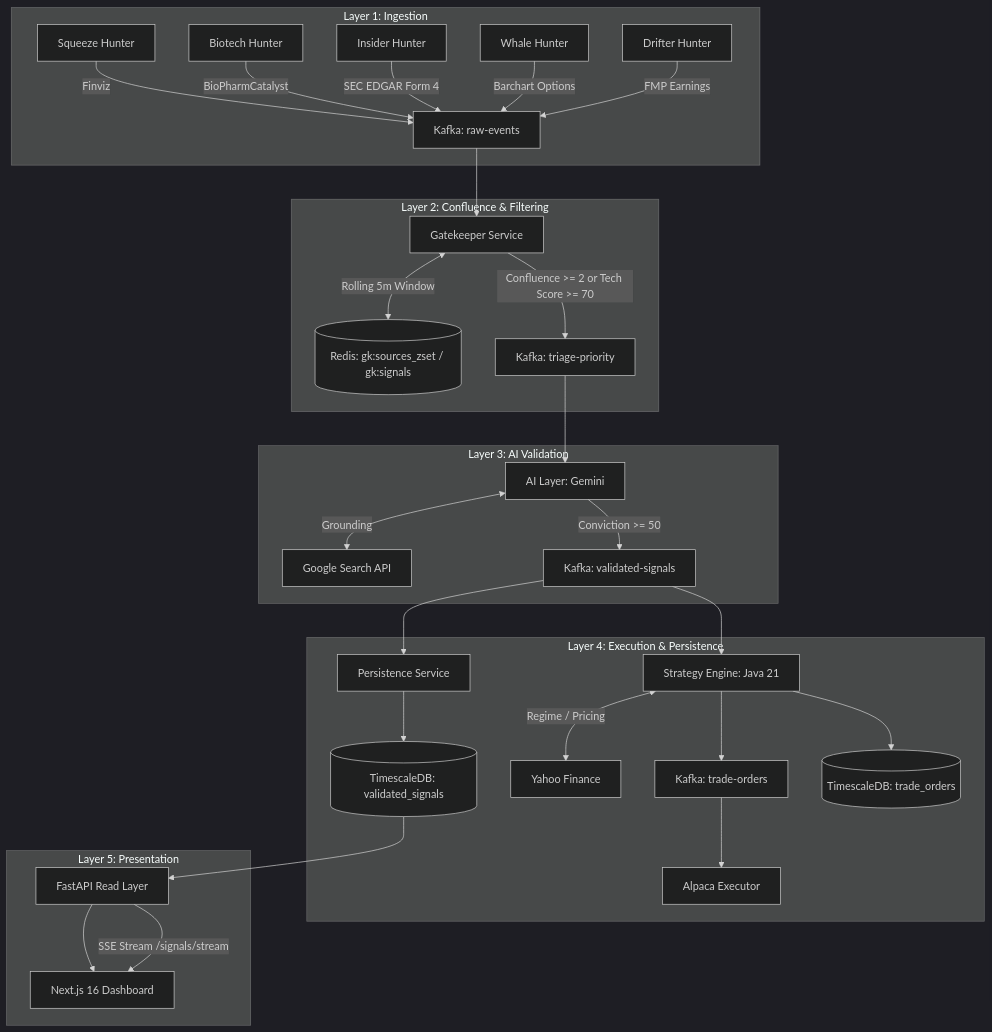
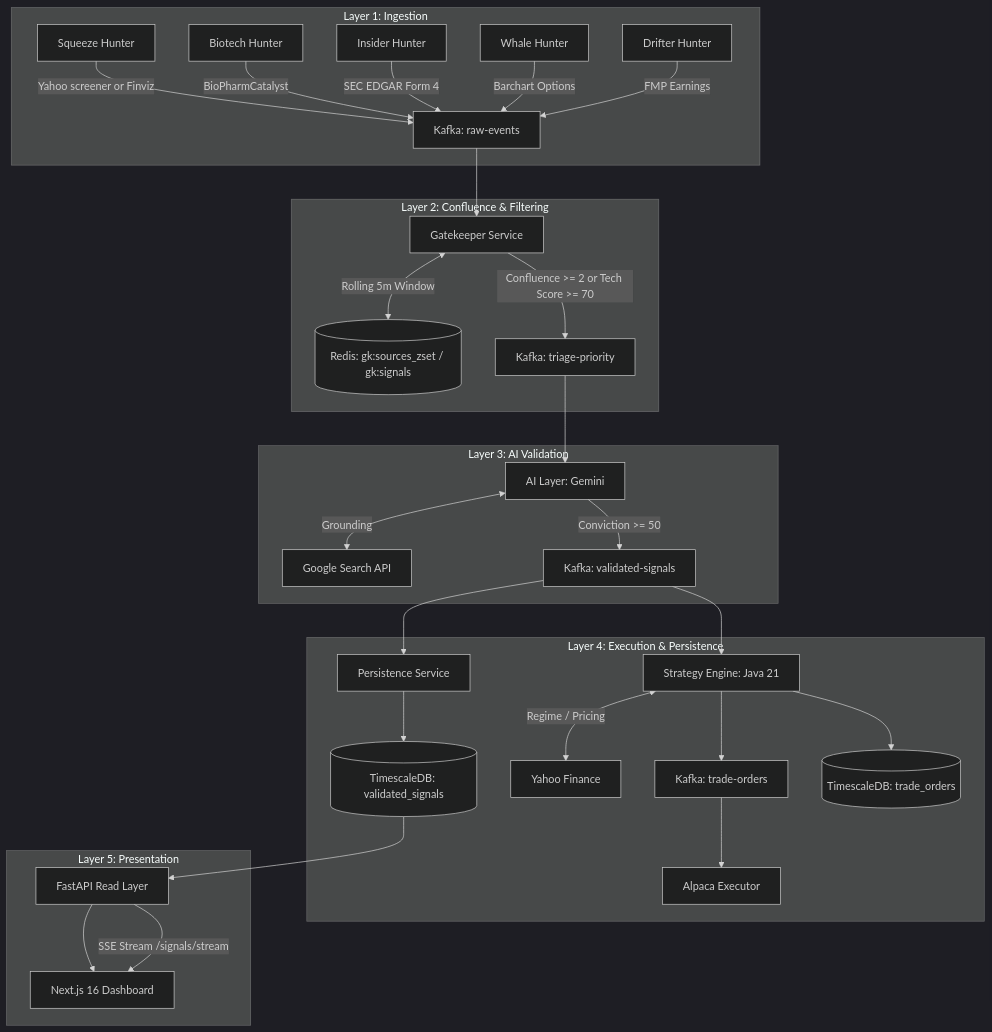
Before and after one commit to Alesiobarquin/catalyst: the diagram in AGENTS.md, drawn with Mermaid (dark theme). The commit also changed other lines of this file and 4 other files, not shown here.

````diff
--- a/AGENTS.md
+++ b/AGENTS.md
@@ -54,38 +58,38 @@
 ```mermaid
 graph TD
     subgraph Layer 1: Ingestion
-        H1[Squeeze Hunter] -->|Finviz| RE[Kafka: raw-events]
+        H1[Squeeze Hunter] -->|Yahoo screener or Finviz| RE[Kafka: raw-events]
         H2[Biotech Hunter] -->|BioPharmCatalyst| RE
         H3[Insider Hunter] -->|SEC EDGAR Form 4| RE
         H4[Whale Hunter] -->|Barchart Options| RE
         H5[Drifter Hunter] -->|FMP Earnings| RE
     end
 
     subgraph Layer 2: Confluence & Filtering
         RE --> GK[Gatekeeper Service]
         GK <-->|Rolling 5m Window| RD[(Redis: gk:sources_zset / gk:signals)]
         GK -->|Confluence >= 2 or Tech Score >= 70| TP[Kafka: triage-priority]
     end
 
     subgraph Layer 3: AI Validation
         TP --> AI[AI Layer: Gemini]
         AI <-->|Grounding| GS[Google Search API]
         AI -->|Conviction >= 50| VS[Kafka: validated-signals]
     end
 
     subgraph Layer 4: Execution & Persistence
         VS --> PS[Persistence Service]
         PS --> DB[(TimescaleDB: validated_signals)]
         VS --> ENG[Strategy Engine: Java 21]
         ENG <-->|Regime / Pricing| YF[Yahoo Finance]
         ENG --> TO[Kafka: trade-orders]
         ENG --> DB2[(TimescaleDB: trade_orders)]
         TO --> EXEC[Alpaca Executor]
     end
 
     subgraph Layer 5: Presentation
         DB --> API[FastAPI Read Layer]
         API --> UI[Next.js 16 Dashboard]
         API -->|SSE Stream /signals/stream| UI
     end
 ```
````
